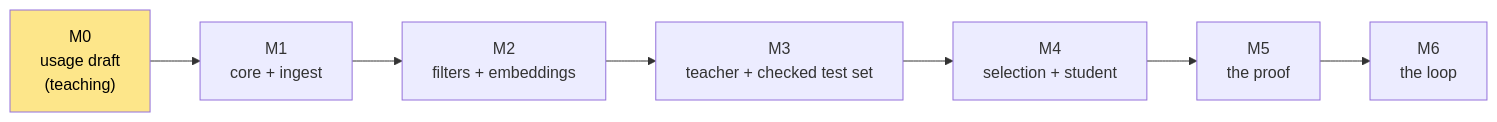
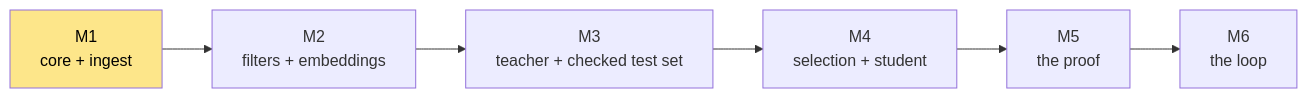
The diagram in dev/notes/milestones/README.md (cupcakes04/Rin), drawn with Mermaid before and after one commit. The commit also changed other lines of this file and 6 other files, not shown here.

````diff
--- a/dev/notes/milestones/README.md
+++ b/dev/notes/milestones/README.md
@@ -5,5 +5,5 @@
 ```mermaid
 flowchart LR
-    M0["M0<br/>usage draft<br/>(teaching)"] --> M1["M1<br/>core + ingest"] --> M2["M2<br/>filters + embeddings"] --> M3["M3<br/>teacher + checked test set"] --> M4["M4<br/>selection + student"] --> M5["M5<br/>the proof"] --> M6["M6<br/>the loop"]
-    style M0 fill:#fde68a,color:#000
+    M1["M1<br/>core + ingest"] --> M2["M2<br/>filters + embeddings"] --> M3["M3<br/>teacher + checked test set"] --> M4["M4<br/>selection + student"] --> M5["M5<br/>the proof"] --> M6["M6<br/>the loop"]
+    style M1 fill:#fde68a,color:#000
 ```
````
